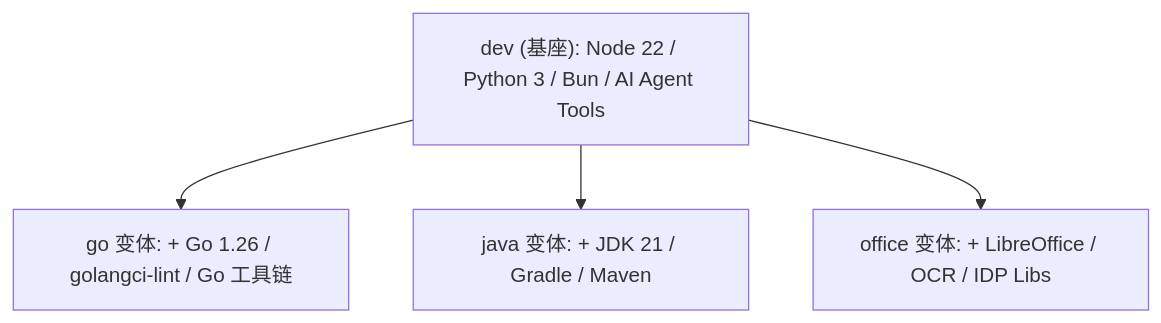
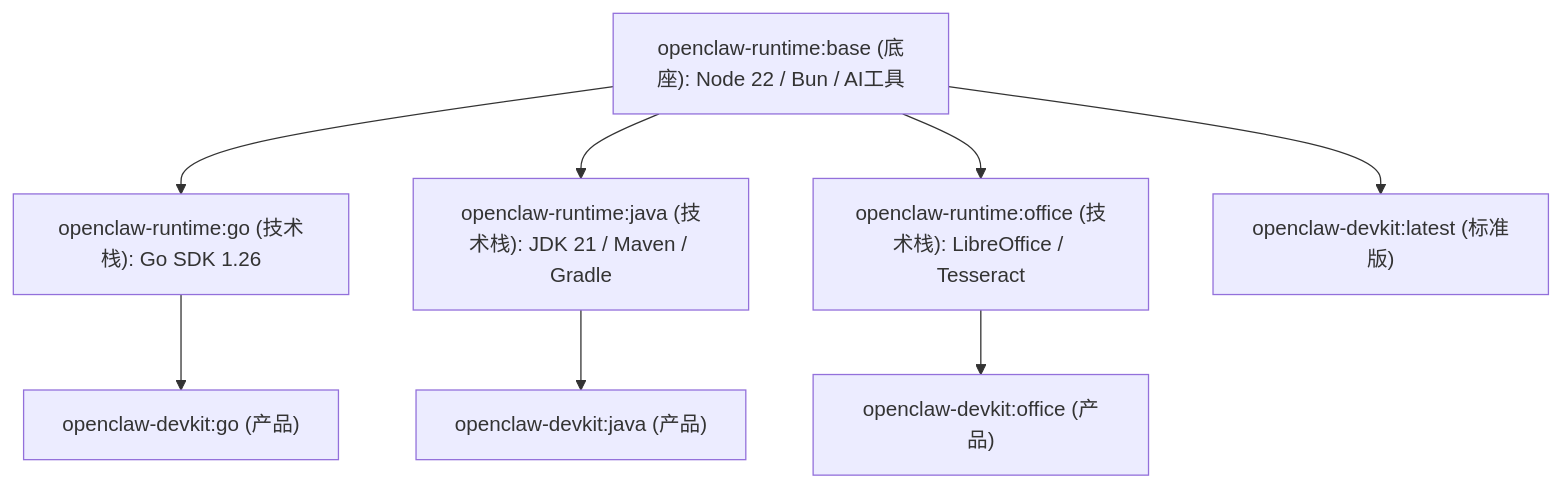
Before and after one commit to hrygo/openclaw-devkit: the diagram in docs/IMAGE_VARIANTS.md, drawn with Mermaid. The commit also changed other lines of this file and 14 other files, not shown here.

````diff
--- a/docs/IMAGE_VARIANTS.md
+++ b/docs/IMAGE_VARIANTS.md
@@ -9,7 +9,12 @@
 ```mermaid
 graph TD
-    Base["dev (基座): Node 22 / Python 3 / Bun / AI Agent Tools"]
-    Base --> Go["go 变体: + Go 1.26 / golangci-lint / Go 工具链"]
-    Base --> Java["java 变体: + JDK 21 / Gradle / Maven"]
-    Base --> Office["office 变体: + LibreOffice / OCR / IDP Libs"]
+    Base["openclaw-runtime:base (底座): Node 22 / Bun / AI工具"]
+    Base --> GoStack["openclaw-runtime:go (技术栈): Go SDK 1.26"]
+    Base --> JavaStack["openclaw-runtime:java (技术栈): JDK 21 / Maven / Gradle"]
+    Base --> OfficeStack["openclaw-runtime:office (技术栈): LibreOffice / Tesseract"]
+    
+    GoStack --> GoProduct["openclaw-devkit:go (产品)"]
+    JavaStack --> JavaProduct["openclaw-devkit:java (产品)"]
+    OfficeStack --> OfficeProduct["openclaw-devkit:office (产品)"]
+    Base --> StdProduct["openclaw-devkit:latest (标准版)"]
 ```
````
